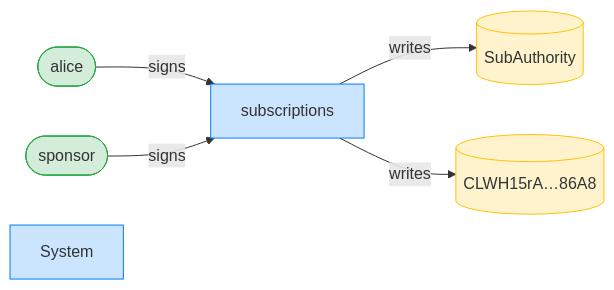
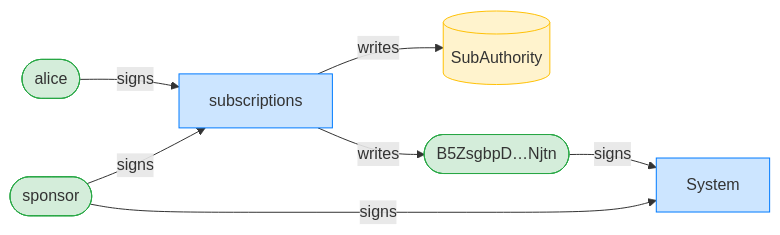
One commit to cds-rs/subscriptions changed the seventh of 12 diagrams in dsl_tests/a-sponsor-cannot-revoke-within-the-drift-window.md. Above: the diagram before and after it, drawn with Mermaid. The commit also changed other lines of this file and 224 other files, not shown here.

````diff
--- a/dsl_tests/a-sponsor-cannot-revoke-within-the-drift-window.md
+++ b/dsl_tests/a-sponsor-cannot-revoke-within-the-drift-window.md
@@ -131,16 +137,18 @@
 ```mermaid
 flowchart LR
     classDef signer fill:#d4edda,stroke:#28a745;
     classDef program fill:#cce5ff,stroke:#007bff;
     classDef writable fill:#fff3cd,stroke:#ffc107;
     subscriptions[subscriptions]:::program
     alice([alice]):::signer
     SubAuthority[(SubAuthority)]:::writable
-    CLWH15rA_86A8[("CLWH15rA…86A8")]:::writable
+    B5ZsgbpD_Njtn(["B5ZsgbpD…Njtn"]):::signer
     sponsor([sponsor]):::signer
     System[System]:::program
     alice -->|signs| subscriptions
     sponsor -->|signs| subscriptions
+    sponsor -->|signs| System
+    B5ZsgbpD_Njtn -->|signs| System
     subscriptions -->|writes| SubAuthority
-    subscriptions -->|writes| CLWH15rA_86A8
+    subscriptions -->|writes| B5ZsgbpD_Njtn
 ```
````
